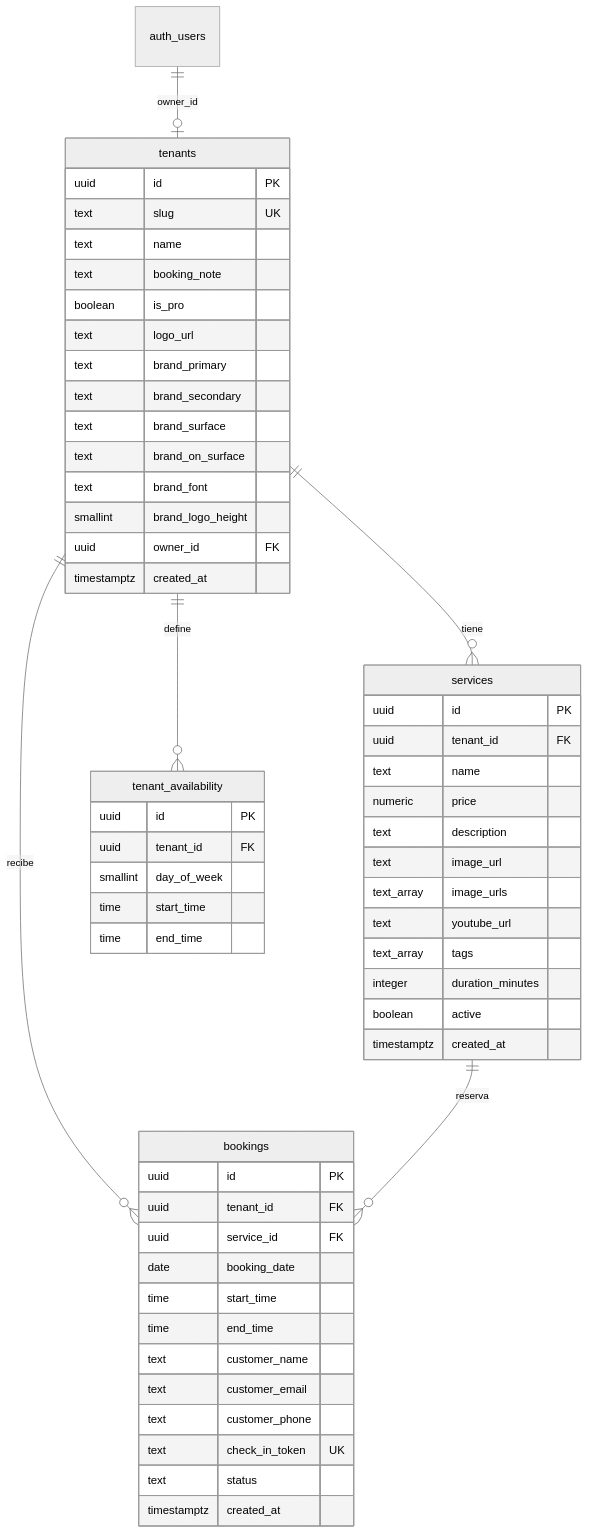
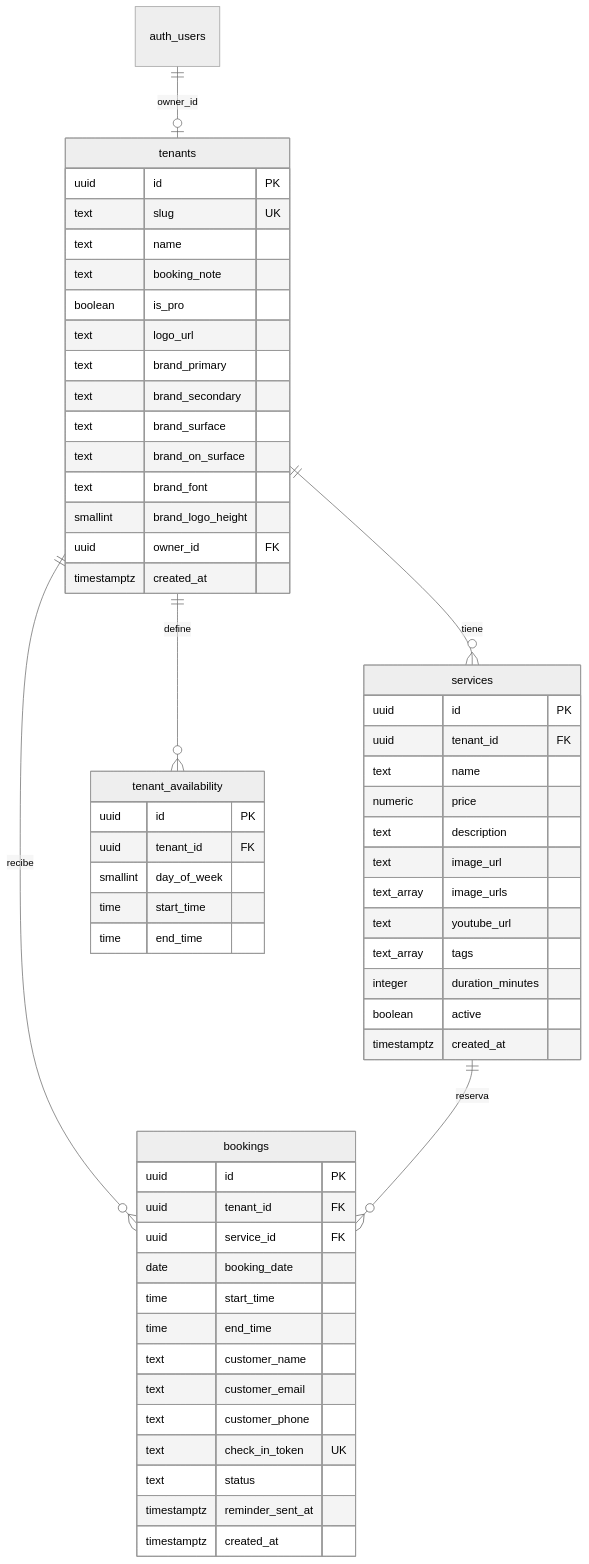
One commit to Manoplo/fastbook changed the diagram in fastbook-roadmap.md. Above: the diagram before and after it, drawn with Mermaid (neutral theme). The commit also changed other lines of this file and 9 other files, not shown here.

````diff
--- a/fastbook-roadmap.md
+++ b/fastbook-roadmap.md
@@ -195,63 +196,64 @@
 ```mermaid
 erDiagram
   auth_users ||--o| tenants : "owner_id"
   tenants ||--o{ services : "tiene"
   tenants ||--o{ tenant_availability : "define"
   tenants ||--o{ bookings : "recibe"
   services ||--o{ bookings : "reserva"
 
   tenants {
     uuid id PK
     text slug UK
     text name
     text booking_note
     boolean is_pro
     text logo_url
     text brand_primary
     text brand_secondary
     text brand_surface
     text brand_on_surface
     text brand_font
     smallint brand_logo_height
     uuid owner_id FK
     timestamptz created_at
   }
 
   services {
     uuid id PK
     uuid tenant_id FK
     text name
     numeric price
     text description
     text image_url
     text_array image_urls
     text youtube_url
     text_array tags
     integer duration_minutes
     boolean active
     timestamptz created_at
   }
 
   tenant_availability {
     uuid id PK
     uuid tenant_id FK
     smallint day_of_week
     time start_time
     time end_time
   }
 
   bookings {
     uuid id PK
     uuid tenant_id FK
     uuid service_id FK
     date booking_date
     time start_time
     time end_time
     text customer_name
     text customer_email
     text customer_phone
     text check_in_token UK
     text status
+    timestamptz reminder_sent_at
     timestamptz created_at
   }
 ```
````
